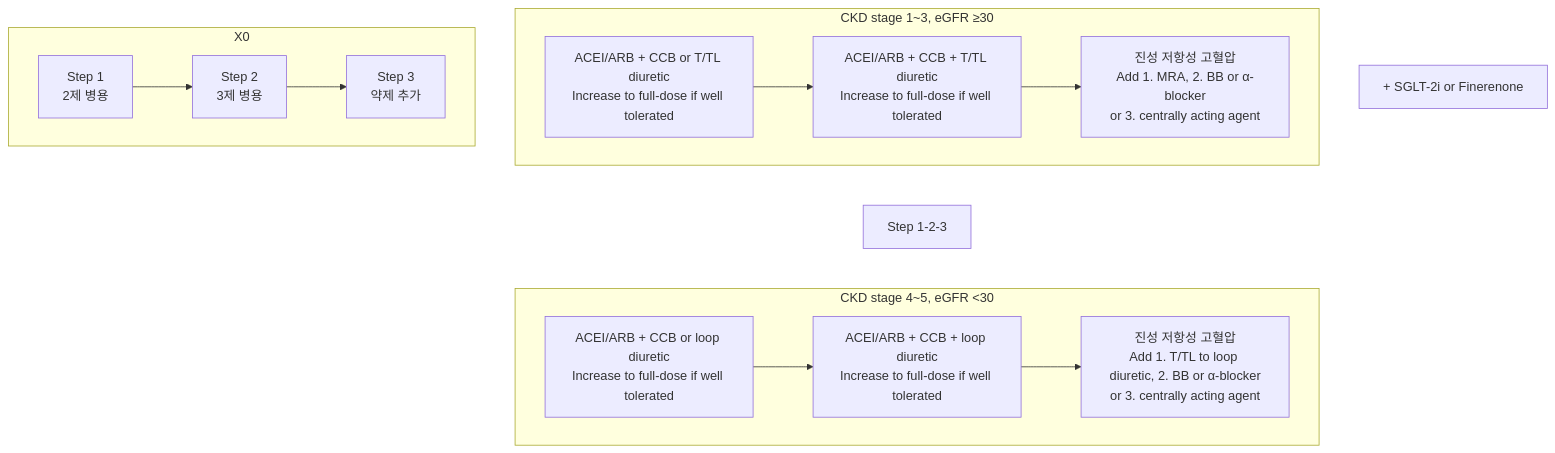
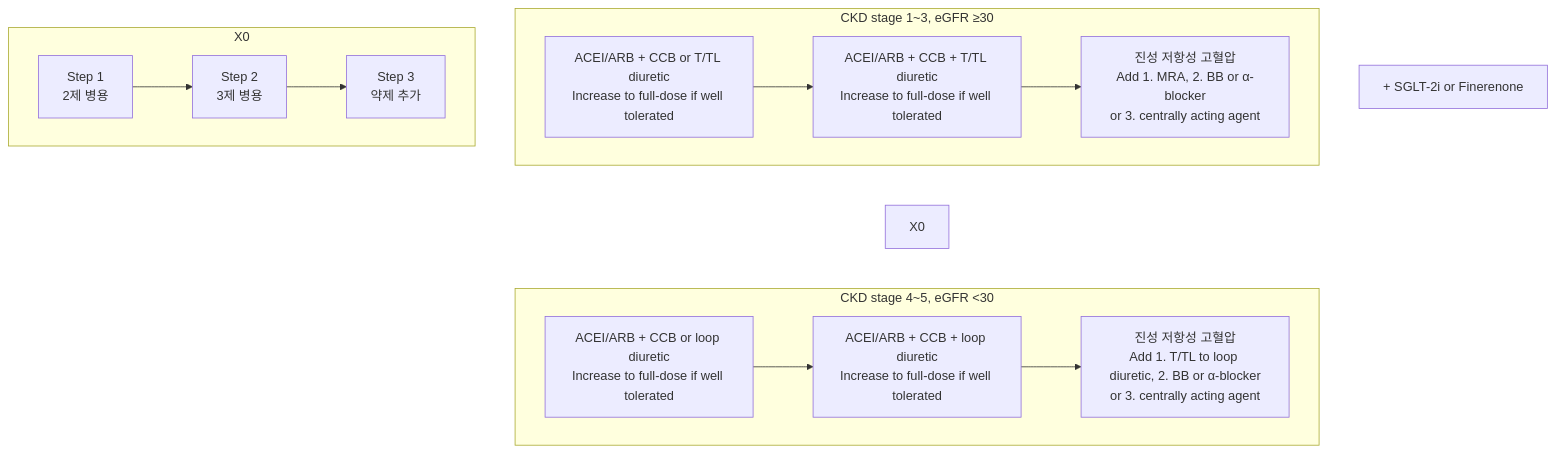
Before and after one commit to familyoh77/familyoh77: the fifth of 10 diagrams in 225_/095_-hypertension.md, drawn with Mermaid. The commit also changed other lines of this file, not shown here.

````diff
--- a/225_/095_-hypertension.md
+++ b/225_/095_-hypertension.md
@@ -1087,30 +978,26 @@
 ```mermaid
 graph TD
 
-    %% 그룹 설정
     subgraph S1 [CKD stage 1~3, eGFR ≥30]
         A1[ACEI/ARB + CCB or T/TL diuretic<br/>Increase to full-dose if well tolerated]
         A2[ACEI/ARB + CCB + T/TL diuretic<br/>Increase to full-dose if well tolerated]
         A3[진성 저항성 고혈압<br/>Add 1. MRA, 2. BB or α-blocker<br/>or 3. centrally acting agent]
     end
 
     subgraph S2 [CKD stage 4~5, eGFR <30]
         B1[ACEI/ARB + CCB or loop diuretic<br/>Increase to full-dose if well tolerated]
         B2[ACEI/ARB + CCB + loop diuretic<br/>Increase to full-dose if well tolerated]
         B3[진성 저항성 고혈압<br/>Add 1. T/TL to loop diuretic, 2. BB or α-blocker<br/>or 3. centrally acting agent]
     end
 
-subgraph X0 
-    X1[Step 1<br/>2제 병용] --> X2[Step 2<br/>3제 병용] --> X3[Step 3<br/>약제 추가]
+    subgraph X0 
+        X1[Step 1<br/>2제 병용] --> X2[Step 2<br/>3제 병용] --> X3[Step 3<br/>약제 추가]
     end 
     
-    %% 연결 관계
     A1 --> A2 --> A3
     B1 --> B2 --> B3
 
-    %% 중앙 단계
-    S1 ~~~ Step[Step 1-2-3] ~~~ S2
+    S1 ~~~ X0 ~~~ S2
     
-    %% 하단 주석
     Footer[+ SGLT-2i or Finerenone]
 ```
````
